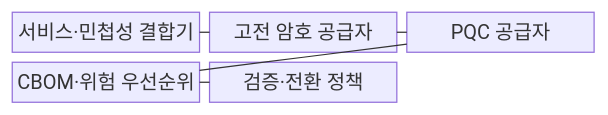
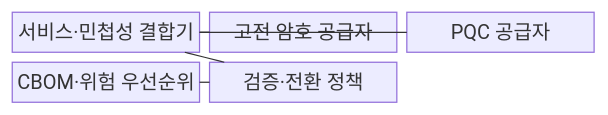
One commit to agnusdei1207/knowledge-base changed the first of 2 diagrams in src/content/docs/notes/05-security/013_pqc_migration_hybrid.md. Above: the diagram before and after it, drawn with Mermaid. The commit also changed other lines of this file and 20 other files, not shown here.

````diff
--- a/src/content/docs/notes/05-security/013_pqc_migration_hybrid.md
+++ b/src/content/docs/notes/05-security/013_pqc_migration_hybrid.md
@@ -56,13 +56,13 @@
 ```mermaid
 block-beta
     columns 3
     S["서비스·민첩성 결합기"]
     C["고전 암호 공급자"]
     P["PQC 공급자"]
     B["CBOM·위험 우선순위"]
     V["검증·전환 정책"]
     S --- C
-    C --- P
-    P --- B
+    S --- P
+    S --- V
     B --- V
 ```
````
